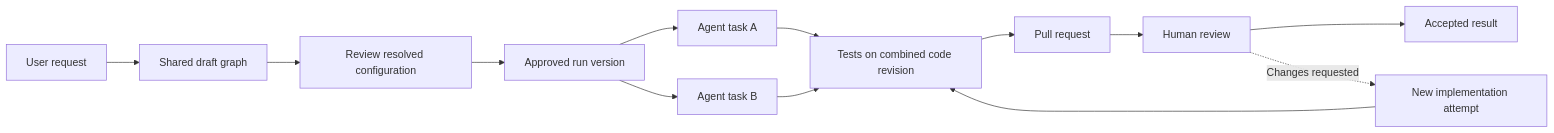
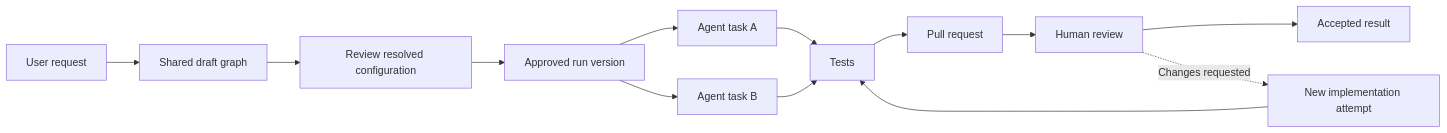
One commit to Mano-Liaoyan/iDevelop changed the diagram in docs/product-direction.md. Above: the diagram before and after it, drawn with Mermaid. The commit also changed other lines of this file and 34 other files, not shown here.

````diff
--- a/docs/product-direction.md
+++ b/docs/product-direction.md
@@ -79,15 +81,15 @@
 ```mermaid
 flowchart LR
     Request[User request] --> Draft[Shared draft graph]
     Draft --> Review[Review resolved configuration]
     Review --> Run[Approved run version]
     Run --> A[Agent task A]
     Run --> B[Agent task B]
-    A --> Test[Tests on combined code revision]
+    A --> Test[Tests]
     B --> Test
     Test --> PR[Pull request]
     PR --> Human[Human review]
     Human --> Done[Accepted result]
     Human -. Changes requested .-> Retry[New implementation attempt]
     Retry --> Test
 ```
````
